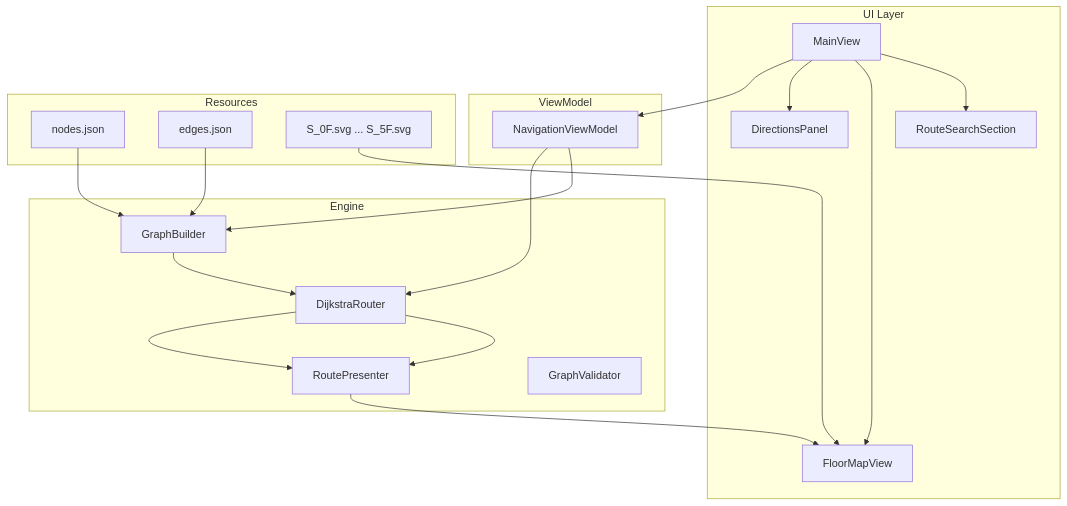
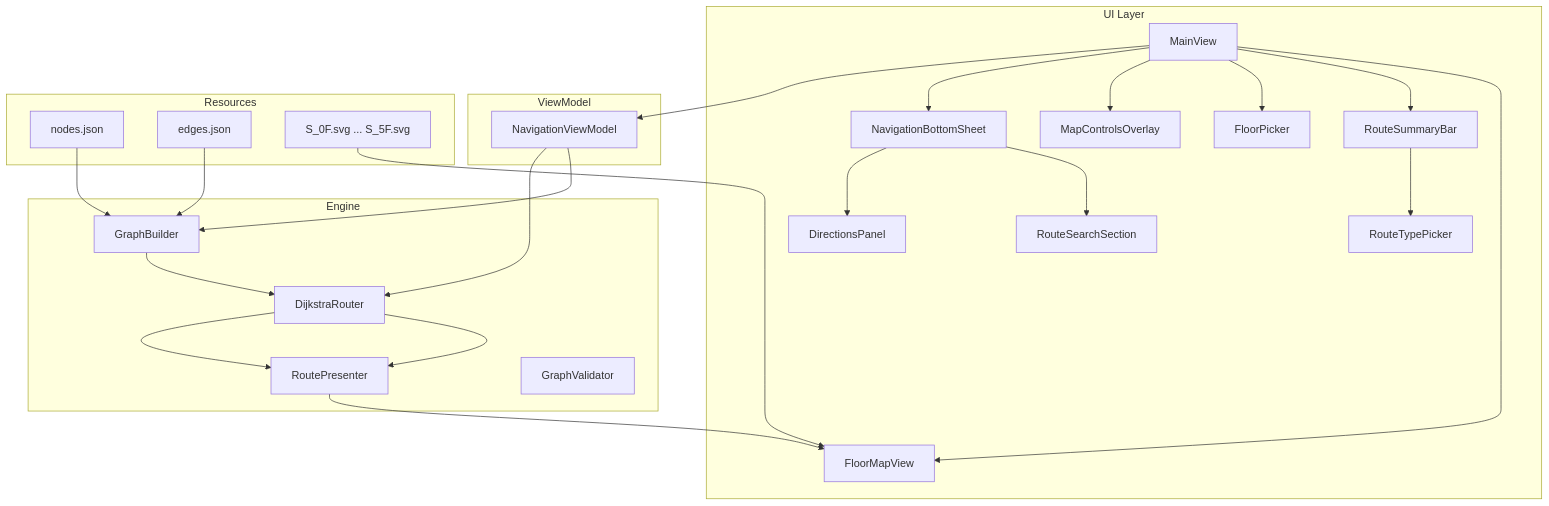
Before and after one commit to Guameezia/uni-navi-ios: the diagram in README.md, drawn with Mermaid. The commit also changed other lines of this file and 11 other files, not shown here.

````diff
--- a/README.md
+++ b/README.md
@@ -78,33 +94,38 @@
 ```mermaid
 flowchart TB
     subgraph ui [UI Layer]
-        MainView --> RouteSearchSection
         MainView --> FloorMapView
-        MainView --> DirectionsPanel
+        MainView --> RouteSummaryBar
+        MainView --> FloorPicker
+        MainView --> MapControlsOverlay
+        MainView --> NavigationBottomSheet
+        NavigationBottomSheet --> RouteSearchSection
+        NavigationBottomSheet --> DirectionsPanel
+        RouteSummaryBar --> RouteTypePicker
     end
 
     subgraph vm [ViewModel]
         NavigationViewModel
     end
 
     subgraph engine [Engine]
         GraphBuilder --> DijkstraRouter
         DijkstraRouter --> RoutePresenter
         GraphValidator
     end
 
     subgraph data [Resources]
         nodesJSON["nodes.json"]
         edgesJSON["edges.json"]
         svgMaps["S_0F.svg ... S_5F.svg"]
     end
 
     MainView --> NavigationViewModel
     NavigationViewModel --> GraphBuilder
     nodesJSON --> GraphBuilder
     edgesJSON --> GraphBuilder
     NavigationViewModel --> DijkstraRouter
     DijkstraRouter --> RoutePresenter
     svgMaps --> FloorMapView
     RoutePresenter --> FloorMapView
 ```
````
